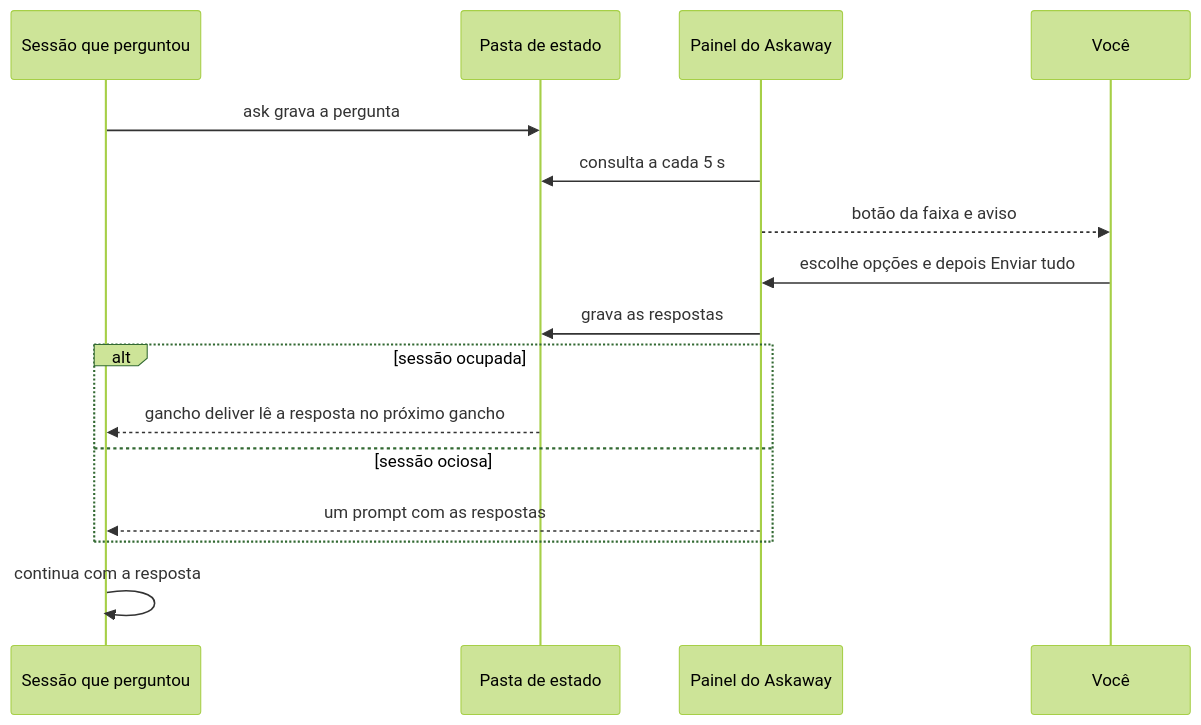
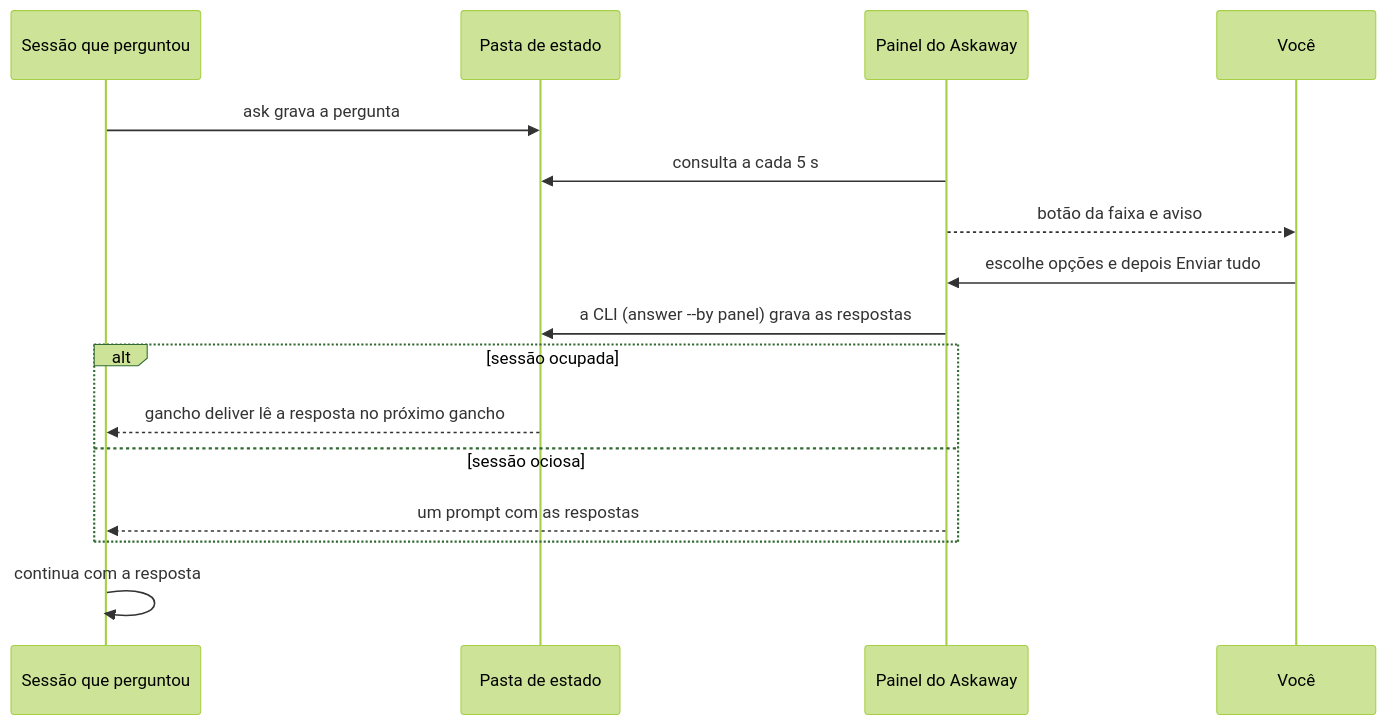
One commit to KeepGlide/askaway changed the second of 2 diagrams in README.pt-BR.md. Above: the diagram before and after it, drawn with Mermaid (forest theme). The commit also changed other lines of this file and 4 other files, not shown here.

First line of the commit message:
docs(askaway): document the card order, hotkeys, CLI and panel writer

````diff
--- a/README.pt-BR.md
+++ b/README.pt-BR.md
@@ -75,18 +73,18 @@
 ```mermaid
 sequenceDiagram
     participant Agent as Sessão que perguntou
     participant Folder as Pasta de estado
     participant Panel as Painel do Askaway
     participant You as Você
     Agent->>Folder: ask grava a pergunta
     Panel->>Folder: consulta a cada 5 s
     Panel-->>You: botão da faixa e aviso
     You->>Panel: escolhe opções e depois Enviar tudo
-    Panel->>Folder: grava as respostas
+    Panel->>Folder: a CLI (answer --by panel) grava as respostas
     alt sessão ocupada
         Folder-->>Agent: gancho deliver lê a resposta no próximo gancho
     else sessão ociosa
         Panel-->>Agent: um prompt com as respostas
     end
     Agent->>Agent: continua com a resposta
 ```
````
